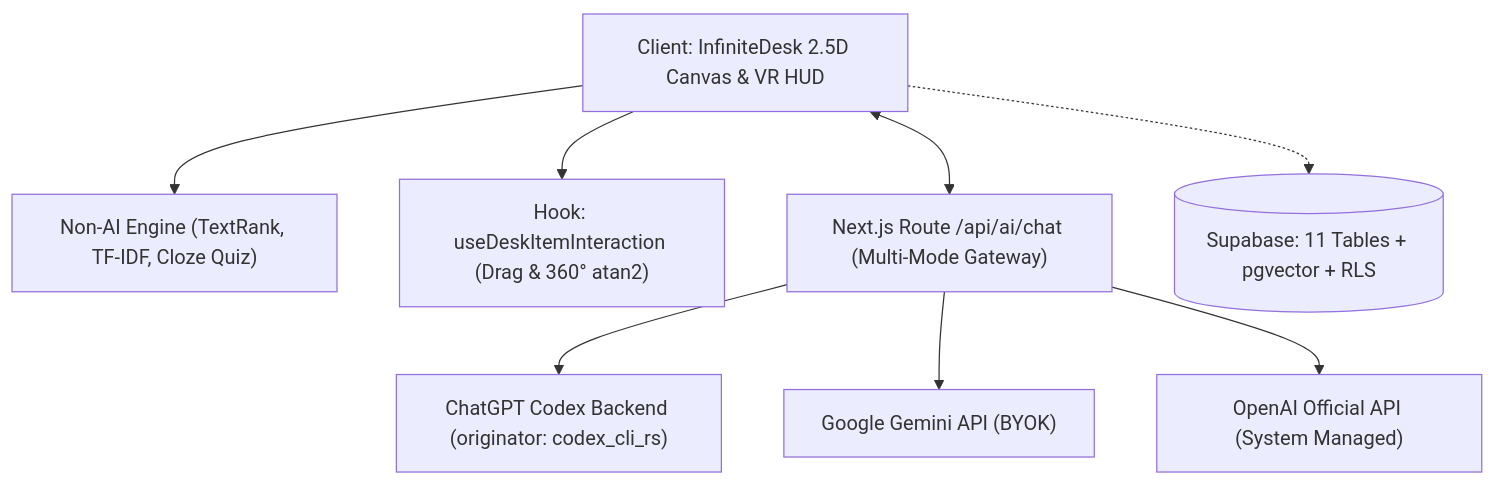
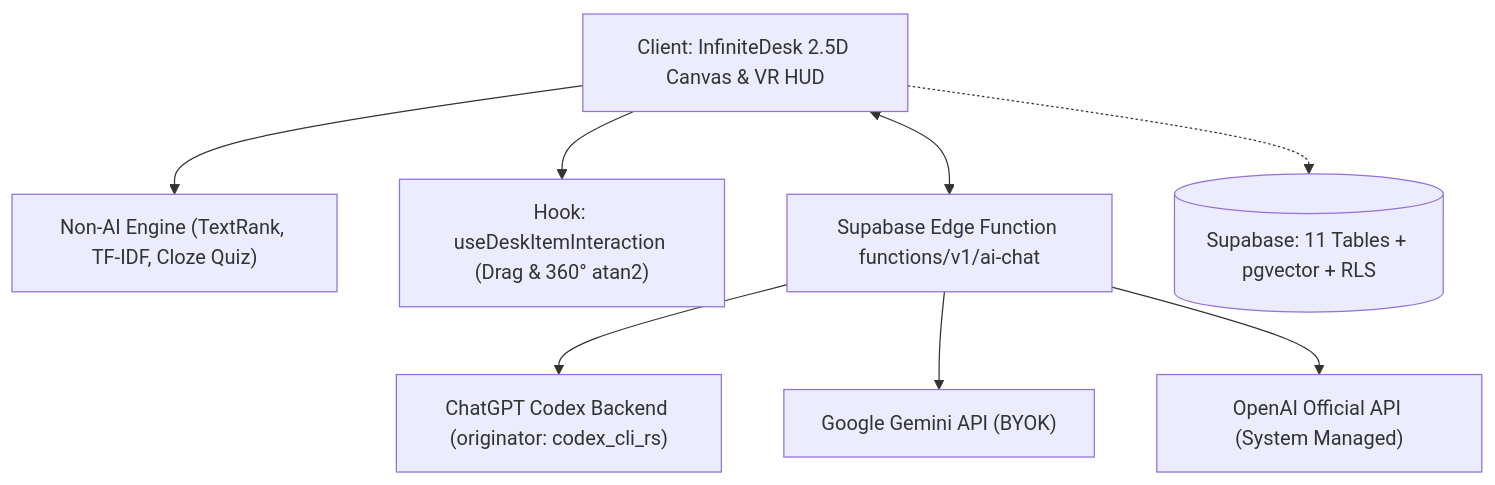
Before and after one commit to namtacozz/ViTudy: the diagram in docs/ai/SNAPSHOT.md, drawn with Mermaid. The commit also changed other lines of this file and 33 other files, not shown here.

````diff
--- a/docs/ai/SNAPSHOT.md
+++ b/docs/ai/SNAPSHOT.md
@@ -30,19 +30,19 @@
 ```mermaid
 graph TD
     Client["Client: InfiniteDesk 2.5D Canvas & VR HUD"]
     NLP["Non-AI Engine (TextRank, TF-IDF, Cloze Quiz)"]
     Hook["Hook: useDeskItemInteraction (Drag & 360° atan2)"]
-    Gateway["Next.js Route /api/ai/chat (Multi-Mode Gateway)"]
+    Gateway["Supabase Edge Function functions/v1/ai-chat"]
     Supa[("Supabase: 11 Tables + pgvector + RLS")]
     Codex["ChatGPT Codex Backend (originator: codex_cli_rs)"]
     Gemini["Google Gemini API (BYOK)"]
     OpenAI["OpenAI Official API (System Managed)"]
 
     Client --> Hook
     Client --> NLP
     Client <--> Gateway
     Gateway --> Codex
     Gateway --> Gemini
     Gateway --> OpenAI
     Client -.-> Supa
 ```
````
